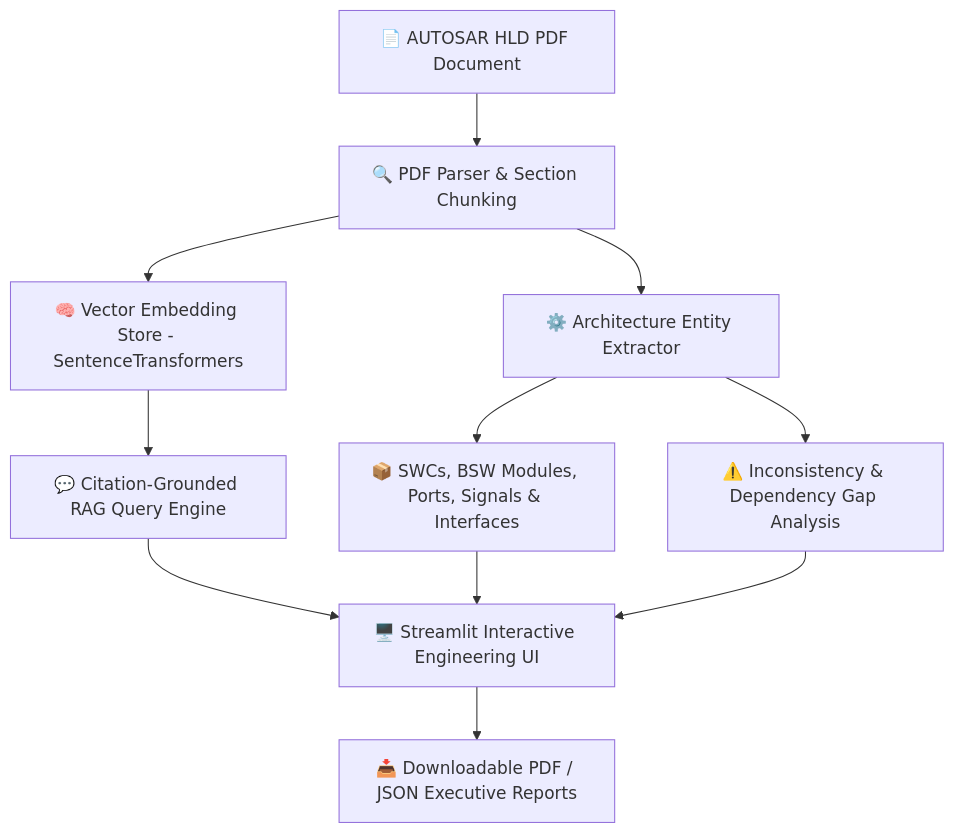
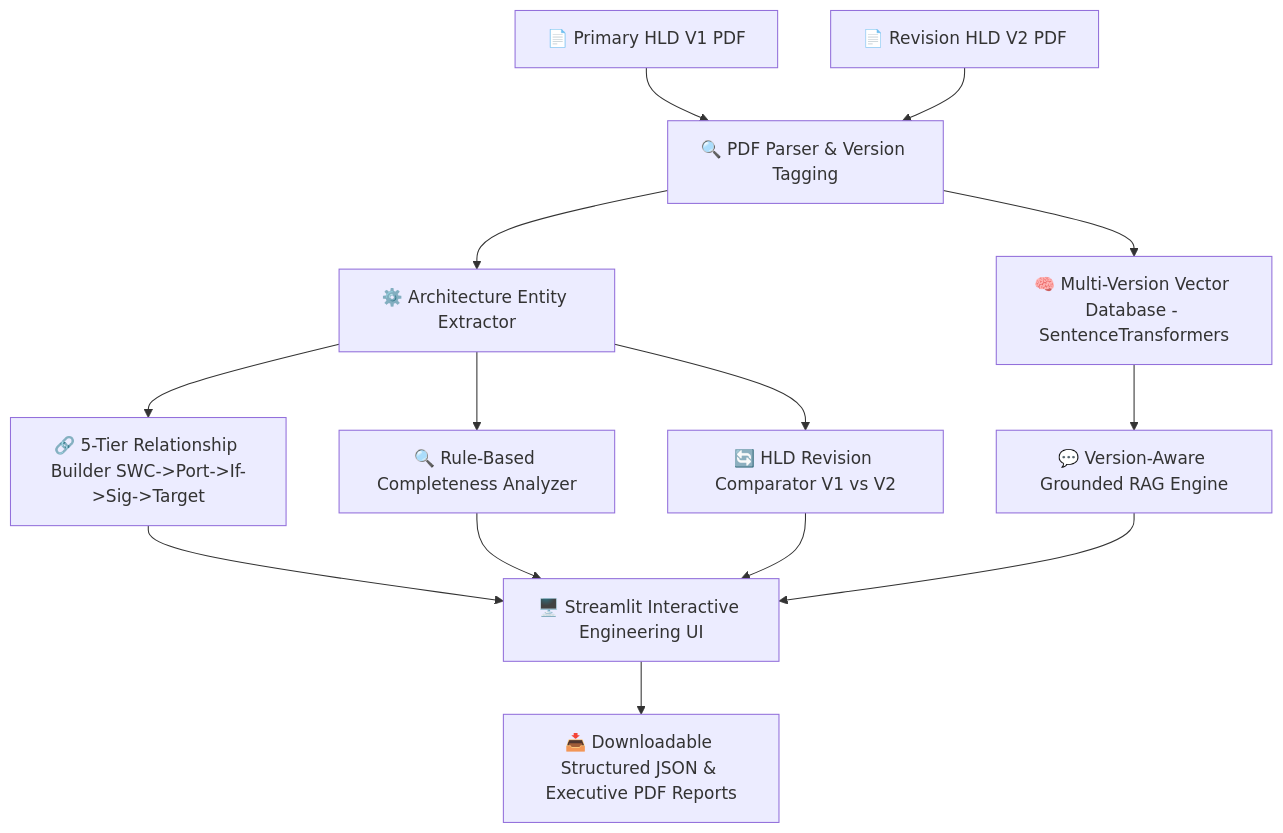
The diagram in README.md (smkandalkar2005-crypto/autosar-hld-ai-assistant), drawn with Mermaid before and after one commit. The commit also changed other lines of this file and 13 other files, not shown here.

Commit message:
Complete Tata TechPulse Case Study 1 scope: Revision comparison, completeness analyzer, 5-tier relationship map, detail reports, version-aware RAG, structured JSON export, test suite

````diff
--- a/README.md
+++ b/README.md
@@ -30,16 +51,20 @@
 ```mermaid
 flowchart TD
-    A[📄 AUTOSAR HLD PDF Document] --> B[🔍 PDF Parser & Section Chunking]
-    B --> C[🧠 Vector Embedding Store - SentenceTransformers]
-    B --> D[⚙️ Architecture Entity Extractor]
+    A[📄 Primary HLD V1 PDF] --> C[🔍 PDF Parser & Version Tagging]
+    B[📄 Revision HLD V2 PDF] --> C
     
-    D --> E[📦 SWCs, BSW Modules, Ports, Signals & Interfaces]
-    D --> F[⚠️ Inconsistency & Dependency Gap Analysis]
+    C --> D[🧠 Multi-Version Vector Database - SentenceTransformers]
+    C --> E[⚙️ Architecture Entity Extractor]
     
-    C --> G[💬 Citation-Grounded RAG Query Engine]
-    G --> H[🖥️ Streamlit Interactive Engineering UI]
-    E --> H
-    F --> H
+    E --> F[🔗 5-Tier Relationship Builder SWC->Port->If->Sig->Target]
+    E --> G[🔍 Rule-Based Completeness Analyzer]
+    E --> H[🔄 HLD Revision Comparator V1 vs V2]
     
-    H --> I[📥 Downloadable PDF / JSON Executive Reports]
+    D --> I[💬 Version-Aware Grounded RAG Engine]
+    F --> J[🖥️ Streamlit Interactive Engineering UI]
+    G --> J
+    H --> J
+    I --> J
+    
+    J --> K[📥 Downloadable Structured JSON & Executive PDF Reports]
 ```
````
